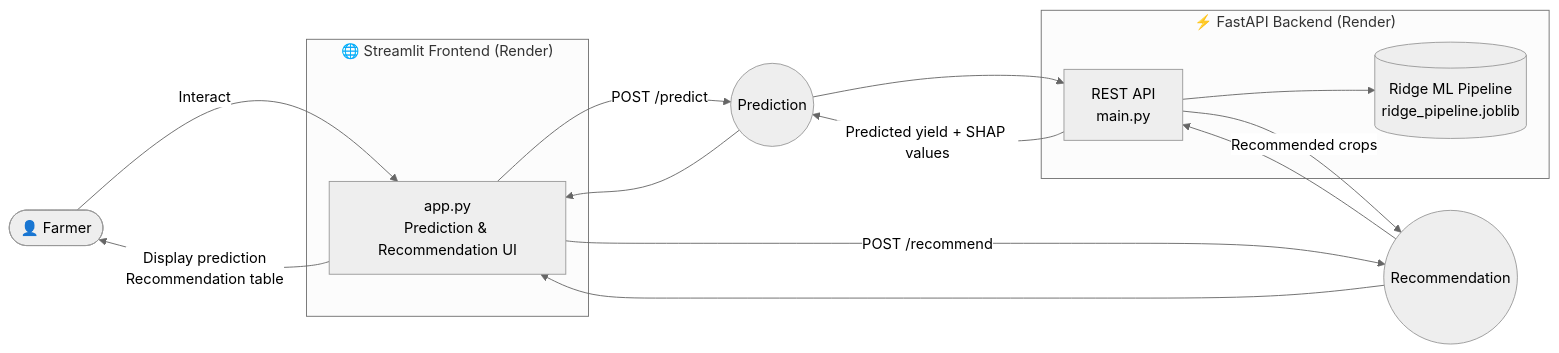
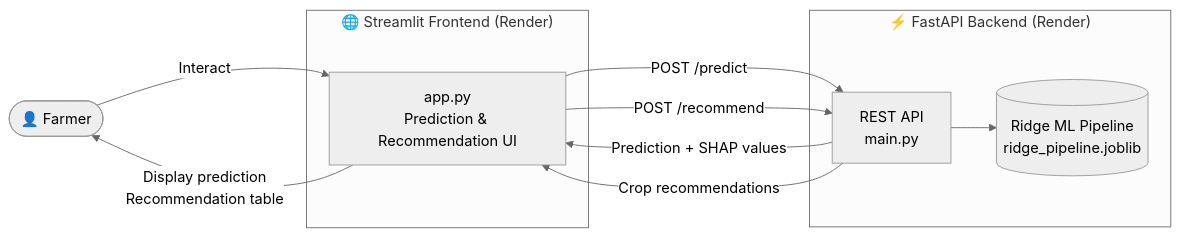
Before and after one commit to reemHasan/Agritech_Answers: the diagram in README.md, drawn with Mermaid (neutral theme).

Commit message:
modify4 readme mermaid diagram

````diff
--- a/README.md
+++ b/README.md
@@ -36,36 +36,27 @@
 ```mermaid
 flowchart LR
 
     %% User
     U([👤 Farmer])
 
     %% Frontend
     subgraph FE["🌐 Streamlit Frontend (Render)"]
         APP["app.py<br/>Prediction & Recommendation UI"]
     end
 
     %% Backend
     subgraph BE["⚡ FastAPI Backend (Render)"]
         API["REST API<br/>main.py"]
         MODEL[("Ridge ML Pipeline<br/>ridge_pipeline.joblib")]
         API --> MODEL
     end
 
-    %% Prediction flow
-    P((Prediction))
-    APP -->|POST /predict| P
-    P --> API
-    API -->|Predicted yield + SHAP values| P
-    P --> APP
-
-    %% Recommendation flow
-    R((Recommendation))
-    APP -->|POST /recommend| R
-    R --> API
-    API -->|Recommended crops| R
-    R --> APP
-
     %% Flow
     U -->|Interact| APP
+    APP -->|POST /predict| API
+    API -->|Prediction + SHAP values| APP
+    APP -->|POST /recommend| API
+    API -->|Crop recommendations| APP
+
     APP -->|Display prediction<br/>Recommendation table| U
 ```
````
